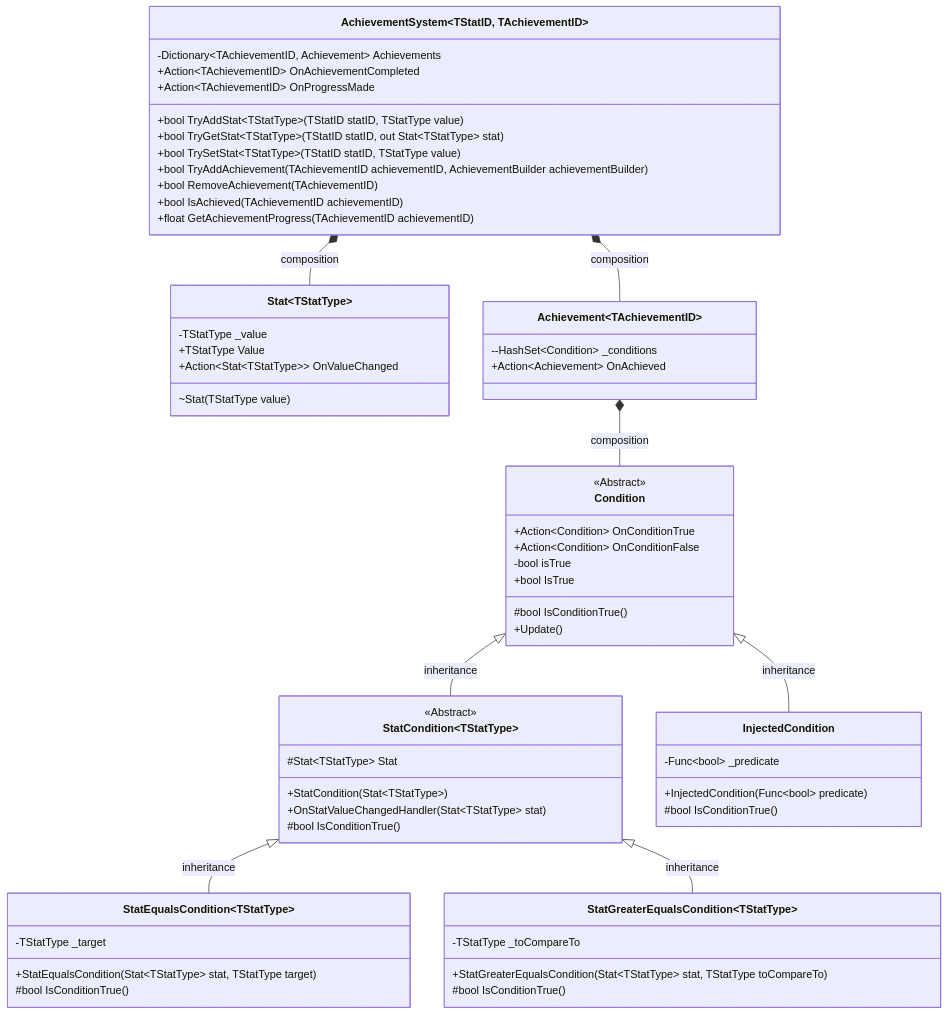
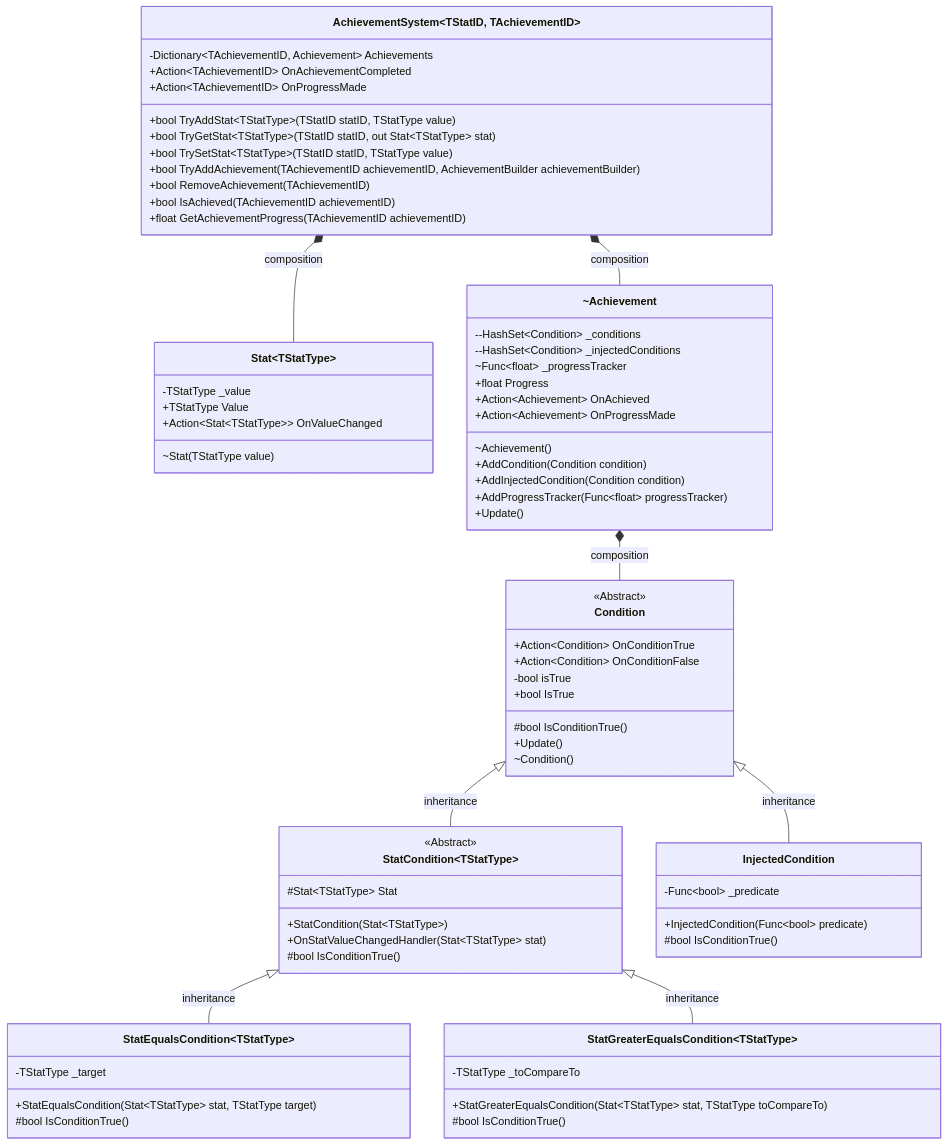
One commit to MDH-GD-1022/documentation changed the first of 2 diagrams in docs/achievement-system/Project Structure.md. Above: the diagram before and after it, drawn with Mermaid.

Commit message:
Added some missing parts to the new uml

````diff
--- a/docs/achievement-system/Project Structure.md
+++ b/docs/achievement-system/Project Structure.md
@@ -1,63 +1,73 @@
 ```mermaid
 classDiagram
 
 class AchievementSystem~TStatID, TAchievementID~
 AchievementSystem : -Dictionary~TAchievementID, Achievement~ Achievements
 AchievementSystem : +Action~TAchievementID~ OnAchievementCompleted
 AchievementSystem : +Action~TAchievementID~ OnProgressMade
 AchievementSystem : +bool TryAddStat~TStatType~(TStatID statID, TStatType value)
 AchievementSystem : +bool TryGetStat~TStatType~(TStatID statID, out Stat~TStatType~ stat)
 AchievementSystem : +bool TrySetStat~TStatType~(TStatID statID, TStatType value)
 AchievementSystem : +bool TryAddAchievement(TAchievementID achievementID, AchievementBuilder achievementBuilder)
 AchievementSystem : +bool RemoveAchievement(TAchievementID)
 AchievementSystem : +bool IsAchieved(TAchievementID achievementID)
 AchievementSystem : +float GetAchievementProgress(TAchievementID achievementID)
 
 class Stat~TStatType~
 AchievementSystem *-- Stat : composition
 Stat : -TStatType _value
 Stat : +TStatType Value
 Stat : ~Stat(TStatType value)
 Stat : +Action~Stat~TStatType~~ OnValueChanged
 
-class Achievement~TAchievementID~
+class Achievement~TAchievementID~["~Achievement"]
 AchievementSystem *-- Achievement : composition
 Achievement : --HashSet~Condition~ _conditions
+Achievement : --HashSet~Condition~ _injectedConditions
+Achievement : ~Func~float~ _progressTracker
+Achievement : +float Progress
 Achievement : +Action~Achievement~ OnAchieved
+Achievement : +Action~Achievement~ OnProgressMade
+Achievement : ~Achievement()
+Achievement : +AddCondition(Condition condition)
+Achievement : +AddInjectedCondition(Condition condition)
+Achievement : +AddProgressTracker(Func~float~ progressTracker)
+Achievement : +Update()
 
 class Condition
 <<Abstract>> Condition
 Achievement *-- Condition : composition
 Condition : +Action~Condition~ OnConditionTrue
 Condition : +Action~Condition~ OnConditionFalse
 Condition : -bool isTrue
 Condition : +bool IsTrue
 Condition : #bool IsConditionTrue()
 Condition : +Update()
+Condition : ~Condition()
 
 class StatCondition~TStatType~
 <<Abstract>> StatCondition
 Condition <|-- StatCondition : inheritance
 StatCondition : #Stat~TStatType~ Stat
 StatCondition : +StatCondition(Stat~TStatType~)
 StatCondition : +OnStatValueChangedHandler(Stat~TStatType~ stat)
 StatCondition : #bool IsConditionTrue()
 
 class InjectedCondition
 Condition <|-- InjectedCondition : inheritance
 InjectedCondition : -Func~bool~ _predicate
 InjectedCondition : +InjectedCondition(Func~bool~ predicate)
 InjectedCondition : #bool IsConditionTrue()
 
 class StatEqualsCondition~TStatType~
 StatCondition <|-- StatEqualsCondition : inheritance
 StatEqualsCondition : -TStatType _target
 StatEqualsCondition : +StatEqualsCondition(Stat~TStatType~ stat, TStatType target)
 StatEqualsCondition : #bool IsConditionTrue()
 
 class StatGreaterEqualsCondition~TStatType~
 StatCondition <|-- StatGreaterEqualsCondition :inheritance
 StatGreaterEqualsCondition : -TStatType _toCompareTo
 StatGreaterEqualsCondition : +StatGreaterEqualsCondition(Stat~TStatType~ stat, TStatType toCompareTo)
 StatGreaterEqualsCondition : #bool IsConditionTrue()
 ```
````
